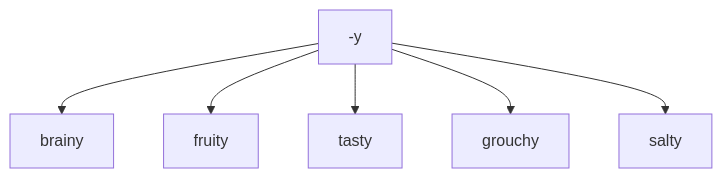
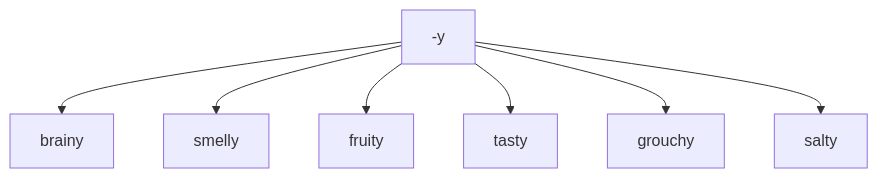
One commit to pleabargain/EnglishHelpsYourCareer changed diagram 14 of 45 in prefixes_suffixes.md. Above: the diagram before and after it, drawn with Mermaid. The commit also changed other lines of this file, not shown here.

Commit message:
fixing mermaid

````diff
--- a/prefixes_suffixes.md
+++ b/prefixes_suffixes.md
@@ -173,8 +163,9 @@
 ```mermaid
 graph TD; 
--y-->brainy; 
+-y--> brainy; 
+-y--> smelly; 
 -y-->  fruity; 
 -y-->  tasty; 
 -y-->  grouchy;
 -y-->  salty;
 ```
````
